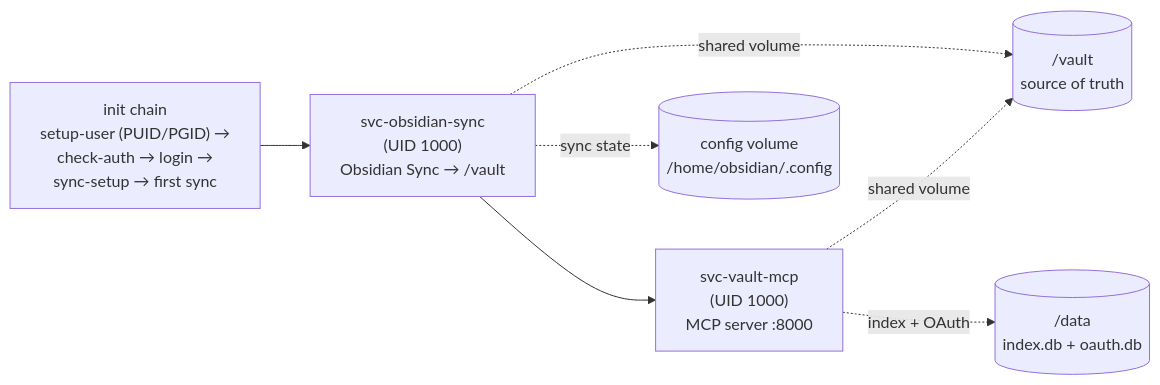
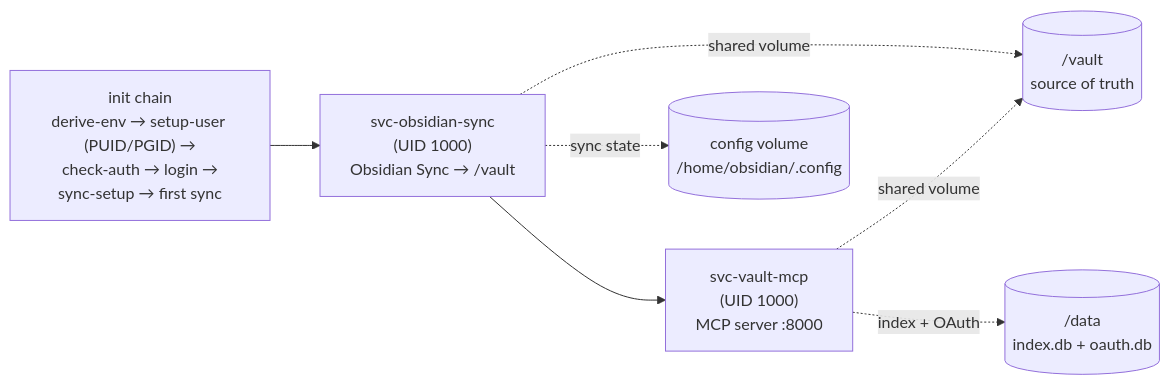
The fifth of 5 diagrams in ARCHITECTURE.md (aliasunder/vault-cortex), drawn with Mermaid before and after one commit. The commit also changed other lines of this file and 36 other files, not shown here.

````diff
--- a/ARCHITECTURE.md
+++ b/ARCHITECTURE.md
@@ -683,9 +683,9 @@
 ```mermaid
 graph LR
-    A["init chain<br/>setup-user (PUID/PGID) →<br/>check-auth → login →<br/>sync-setup → first sync"] --> B["svc-obsidian-sync<br/>(UID 1000)<br/>Obsidian Sync → /vault"]
+    A["init chain<br/>derive-env → setup-user (PUID/PGID) →<br/>check-auth → login →<br/>sync-setup → first sync"] --> B["svc-obsidian-sync<br/>(UID 1000)<br/>Obsidian Sync → /vault"]
     B --> C["svc-vault-mcp<br/>(UID 1000)<br/>MCP server :8000"]
     B -.->|shared volume| D[("/vault<br/>source of truth")]
     C -.->|shared volume| D
     C -.->|index + OAuth| E[("/data<br/>index.db + oauth.db")]
     B -.->|sync state| F[("config volume<br/>/home/obsidian/.config")]
 ```
````
